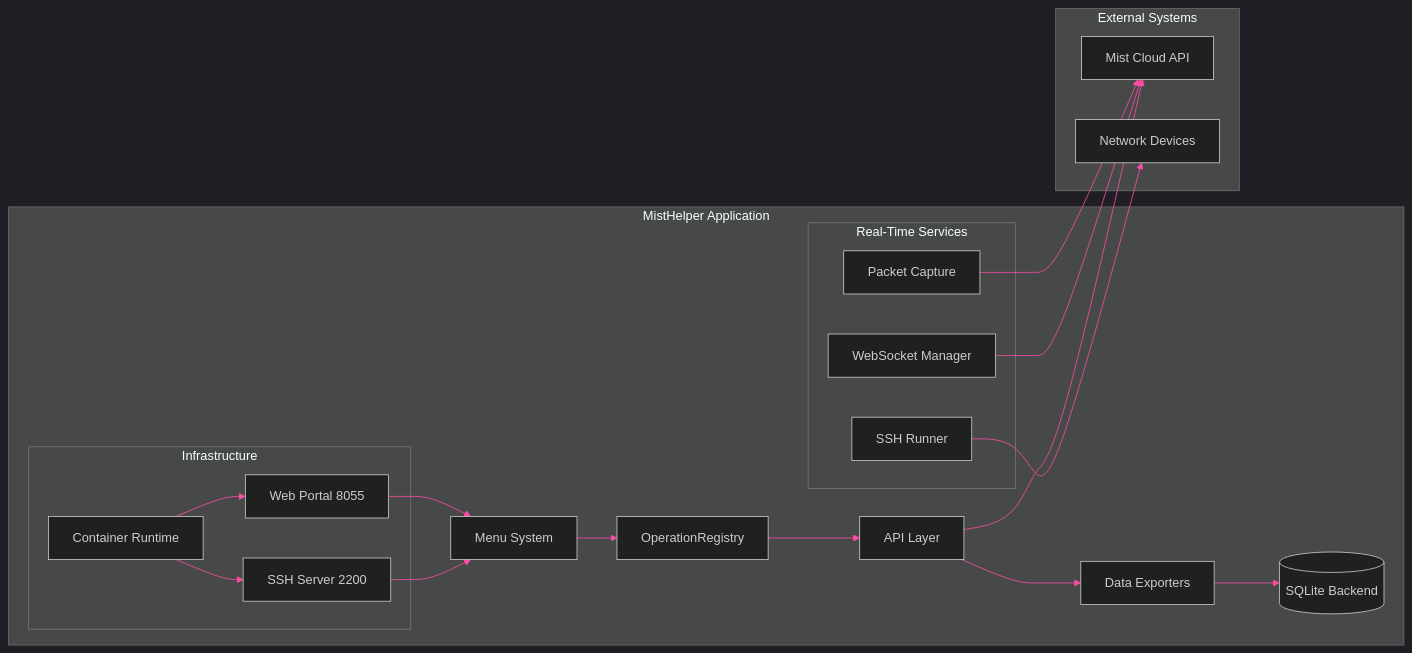
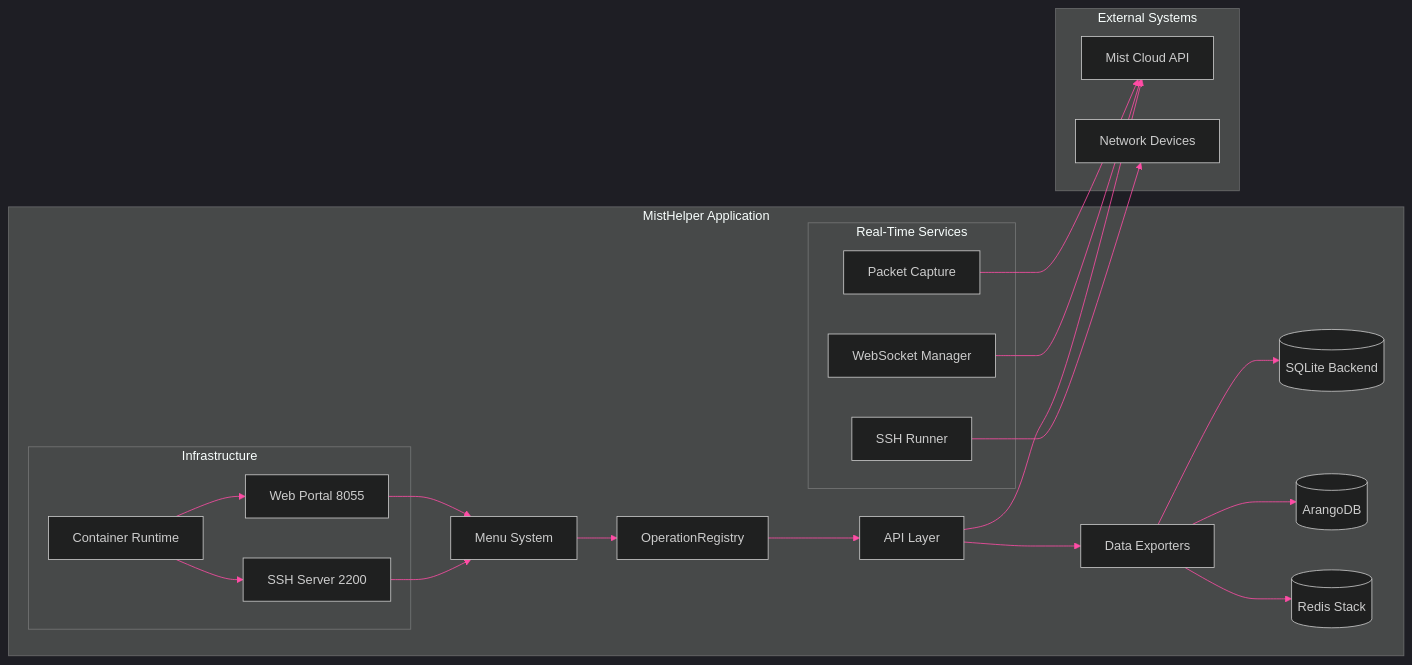
The second of 2 diagrams in documentation/diagrams/core/architecture-overview.md (jmorrison-juniper/MistHelper), drawn with Mermaid before and after one commit. The commit also changed other lines of this file and 44 other files, not shown here.

````diff
--- a/documentation/diagrams/core/architecture-overview.md
+++ b/documentation/diagrams/core/architecture-overview.md
@@ -44,46 +44,50 @@
 ```mermaid
 %%{init: {'theme': 'dark', 'themeVariables': {
   'primaryColor': '#E20074',
   'primaryTextColor': '#E0E0E0',
   'primaryBorderColor': '#99004D',
   'lineColor': '#FF4DA6',
   'secondaryColor': '#16213E',
   'tertiaryColor': '#1A1A2E',
   'fontFamily': 'ui-monospace, monospace'
 }}}%%
 flowchart LR
     subgraph misthelper["MistHelper Application"]
         menu["Menu System"]
         registry["OperationRegistry"]
         api["API Layer"]
         exporters["Data Exporters"]
         db[("SQLite Backend")]
+        arango[("ArangoDB")]
+        redis[("Redis Stack")]
 
         subgraph realtime["Real-Time Services"]
             websocket["WebSocket Manager"]
             ssh_runner["SSH Runner"]
             pcap["Packet Capture"]
         end
 
         subgraph infra["Infrastructure"]
             container["Container Runtime"]
             web_portal["Web Portal 8055"]
             ssh_server["SSH Server 2200"]
         end
     end
 
     subgraph external["External Systems"]
         mist_api["Mist Cloud API"]
         devices["Network Devices"]
     end
 
     menu --> registry --> api --> exporters --> db
+    exporters --> arango
+    exporters --> redis
     api --> mist_api
     websocket --> mist_api
     ssh_runner --> devices
     pcap --> mist_api
     ssh_server --> menu
     web_portal --> menu
     container --> ssh_server
     container --> web_portal
 ```
````
